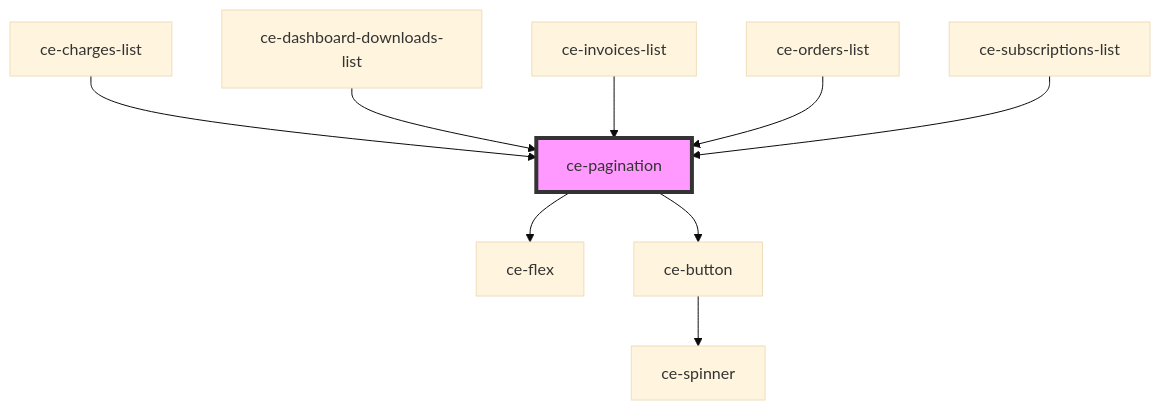
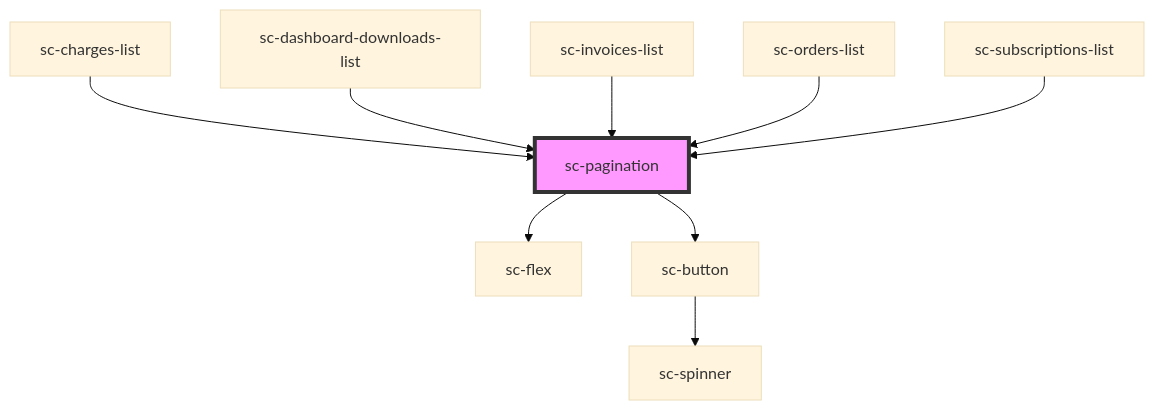
One commit to surecart/surecart-wp-plugin changed the diagram in packages/components/src/components/ui/pagination/readme.md. Above: the diagram before and after it, drawn with Mermaid (base theme). The commit also changed other lines of this file and 1281 other files, not shown here.

````diff
--- a/packages/components/src/components/ui/pagination/readme.md
+++ b/packages/components/src/components/ui/pagination/readme.md
@@ -43,12 +43,12 @@
 ```mermaid
 graph TD;
-  ce-pagination --> ce-flex
-  ce-pagination --> ce-button
-  ce-button --> ce-spinner
-  ce-charges-list --> ce-pagination
-  ce-dashboard-downloads-list --> ce-pagination
-  ce-invoices-list --> ce-pagination
-  ce-orders-list --> ce-pagination
-  ce-subscriptions-list --> ce-pagination
-  style ce-pagination fill:#f9f,stroke:#333,stroke-width:4px
+  sc-pagination --> sc-flex
+  sc-pagination --> sc-button
+  sc-button --> sc-spinner
+  sc-charges-list --> sc-pagination
+  sc-dashboard-downloads-list --> sc-pagination
+  sc-invoices-list --> sc-pagination
+  sc-orders-list --> sc-pagination
+  sc-subscriptions-list --> sc-pagination
+  style sc-pagination fill:#f9f,stroke:#333,stroke-width:4px
 ```
````
